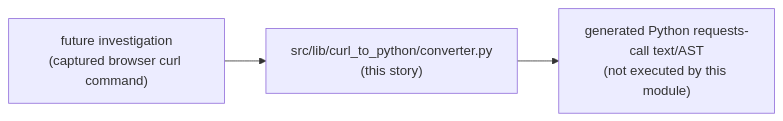
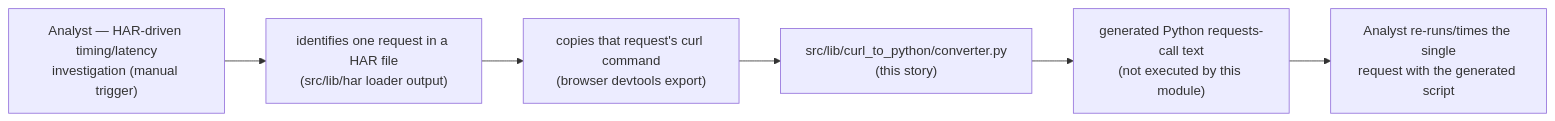
One commit to abhadrasyna/ih-trace-lab changed the first of 3 diagrams in docs/plan/src-lib-migration/curl-to-python-lib-migration/stories.md. Above: the diagram before and after it, drawn with Mermaid. The commit also changed other lines of this file and 13 other files, not shown here.

````diff
--- a/docs/plan/src-lib-migration/curl-to-python-lib-migration/stories.md
+++ b/docs/plan/src-lib-migration/curl-to-python-lib-migration/stories.md
@@ -8,5 +8,8 @@
 ```mermaid
 graph LR
-    Consumer["future investigation\n(captured browser curl command)"] --> Converter["src/lib/curl_to_python/converter.py\n(this story)"]
-    Converter --> PyCode["generated Python requests-call text/AST\n(not executed by this module)"]
+    Analyst["Analyst — HAR-driven timing/latency\ninvestigation (manual trigger)"] --> Har["identifies one request in a HAR file\n(src/lib/har loader output)"]
+    Har --> CurlCopy["copies that request's curl command\n(browser devtools export)"]
+    CurlCopy --> Converter["src/lib/curl_to_python/converter.py\n(this story)"]
+    Converter --> PyCode["generated Python requests-call text\n(not executed by this module)"]
+    PyCode --> Rerun["Analyst re-runs/times the single\nrequest with the generated script"]
 ```
````
